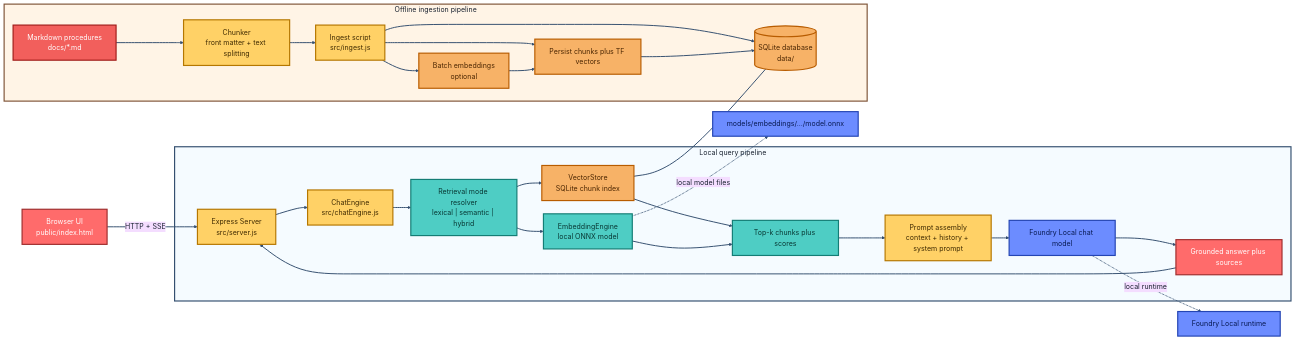
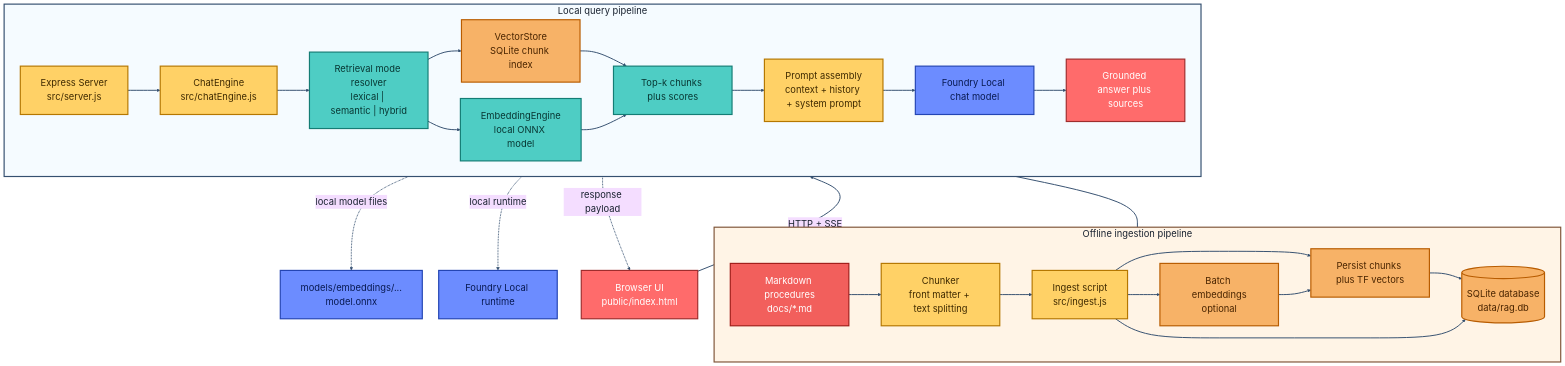
Before and after one commit to leestott/local-hybrid-retrival-onnx: the diagram in docs/architecture.mmd, drawn with Mermaid. The commit also changed 2 other files, not shown here.

```diff
--- a/docs/architecture.mmd
+++ b/docs/architecture.mmd
@@ -1,66 +1,68 @@
 %%{init: {
   "theme": "base",
   "themeVariables": {
     "background": "#FFF9F1",
     "fontFamily": "Aptos, Segoe UI, Trebuchet MS, sans-serif",
-    "fontSize": "18px",
+    "fontSize": "24px",
     "primaryTextColor": "#18212F",
     "lineColor": "#355070",
     "clusterBkg": "#FFFDF8",
     "clusterBorder": "#355070"
   },
   "flowchart": {
     "curve": "basis",
-    "nodeSpacing": 34,
-    "rankSpacing": 46,
-    "padding": 18
+    "nodeSpacing": 42,
+    "rankSpacing": 58,
+    "padding": 26
   }
 } }%%
-flowchart LR
+flowchart TB
+  subgraph ingest["Offline ingestion pipeline"]
+    direction LR
+    docs["Markdown procedures<br/>docs/*.md"] --> chunker["Chunker<br/>front matter + text splitting"]
+    chunker --> ingestScript["Ingest script<br/>src/ingest.js"]
+    ingestScript --> embedBatch["Batch embeddings<br/>optional"]
+    ingestScript --> storeWrite["Persist chunks plus TF vectors"]
+    storeWrite --> db[("SQLite database<br/>data/rag.db")]
+    ingestScript --> db
+    embedBatch --> storeWrite
+  end
+
   browser["Browser UI<br/>public/index.html"] -->|HTTP + SSE| server["Express Server<br/>src/server.js"]
 
   subgraph runtime["Local query pipeline"]
+    direction LR
     server --> engine["ChatEngine<br/>src/chatEngine.js"]
     engine --> mode["Retrieval mode resolver<br/>lexical | semantic | hybrid"]
     mode --> store["VectorStore<br/>SQLite chunk index"]
     mode --> embed["EmbeddingEngine<br/>local ONNX model"]
     store --> context["Top-k chunks plus scores"]
     embed --> context
     context --> prompt["Prompt assembly<br/>context + history + system prompt"]
     prompt --> model["Foundry Local chat model"]
     model --> answer["Grounded answer plus sources"]
-    answer --> server
-  end
-
-  subgraph ingest["Offline ingestion pipeline"]
-    docs["Markdown procedures<br/>docs/*.md"] --> chunker["Chunker<br/>front matter + text splitting"]
-    chunker --> ingestScript["Ingest script<br/>src/ingest.js"]
-    ingestScript --> embedBatch["Batch embeddings<br/>optional"]
-    ingestScript --> storeWrite["Persist chunks plus TF vectors"]
-    ingestScript --> db[("SQLite database<br/>data/")]
-    embedBatch --> storeWrite
-    storeWrite --> db
   end
 
   store --- db
-  embed -. local model files .-> modelAssets["models/embeddings/.../model.onnx"]
+  embed -. local model files .-> modelAssets["models/embeddings/...<br/>model.onnx"]
   model -. local runtime .-> foundryRuntime["Foundry Local runtime"]
+  answer -. response payload .-> browser
 
   classDef edgePortal fill:#FF6B6B,stroke:#9F2D2D,color:#FFFFFF,stroke-width:3px;
   classDef orchestration fill:#FFD166,stroke:#B57700,color:#3F2A00,stroke-width:3px;
   classDef retrieval fill:#4ECDC4,stroke:#147D75,color:#083733,stroke-width:3px;
   classDef storage fill:#F7B267,stroke:#B85C00,color:#4A2500,stroke-width:3px;
   classDef model fill:#6C8CFF,stroke:#2445B3,color:#081A52,stroke-width:3px;
   classDef output fill:#95D5B2,stroke:#2D6A4F,color:#163924,stroke-width:3px;
   classDef source fill:#F25F5C,stroke:#A11D1A,color:#FFFFFF,stroke-width:3px;
 
   class browser,answer edgePortal;
   class server,engine,chunker,ingestScript,prompt orchestration;
   class mode,embed,context retrieval;
   class store,db,storeWrite,embedBatch storage;
   class model,modelAssets,foundryRuntime model;
   class docs source;
 
   style runtime fill:#F5FBFF,stroke:#355070,stroke-width:3px,color:#18212F;
   style ingest fill:#FFF4E6,stroke:#7F5539,stroke-width:3px,color:#18212F;
   linkStyle default stroke:#355070,stroke-width:2.5px;
```
